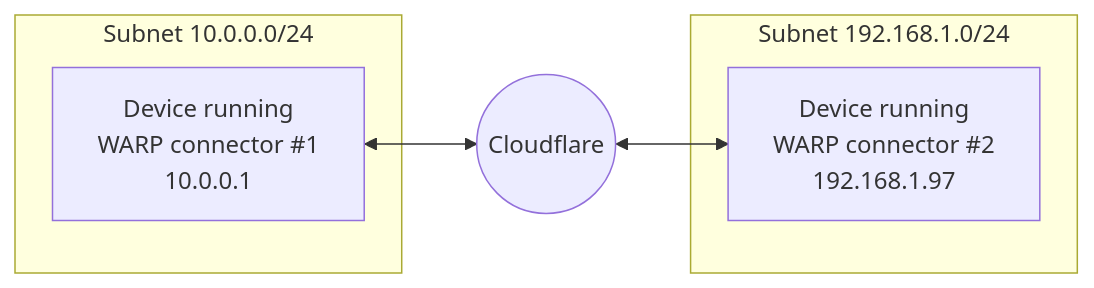
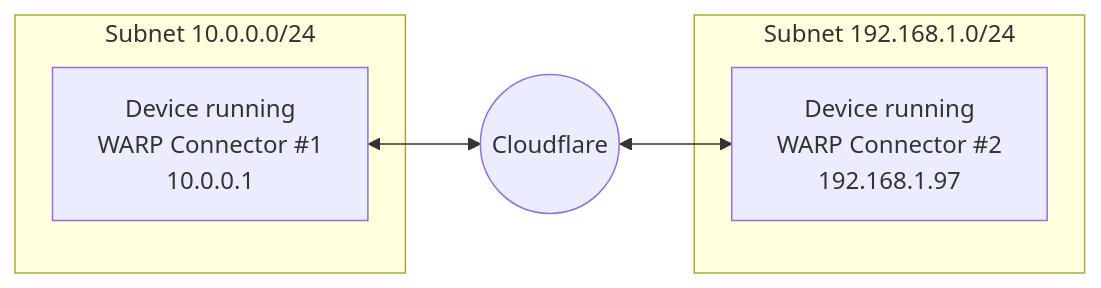
The second of 3 diagrams in content/cloudflare-one/connections/connect-networks/private-net/warp-connector.md (rdhanarot/cloudflare-docs), drawn with Mermaid before and after one commit. The commit also changed other lines of this file and 8 other files, not shown here.

Commit message:
capitalize WARP Connector (#13360)

````diff
--- a/content/cloudflare-one/connections/connect-networks/private-net/warp-connector.md
+++ b/content/cloudflare-one/connections/connect-networks/private-net/warp-connector.md
@@ -181,14 +181,14 @@
     ```mermaid
         flowchart LR
           subgraph subnet1[Subnet 10.0.0.0/24]
           router1["Device running
-            WARP connector #1
+            WARP Connector #1
             10.0.0.1"]
           end
           subgraph subnet2[Subnet 192.168.1.0/24]
             router2["Device running
-            WARP connector #2
+            WARP Connector #2
             192.168.1.97"]
           end
           router1<-->C((Cloudflare))<-->router2
     ```
````
